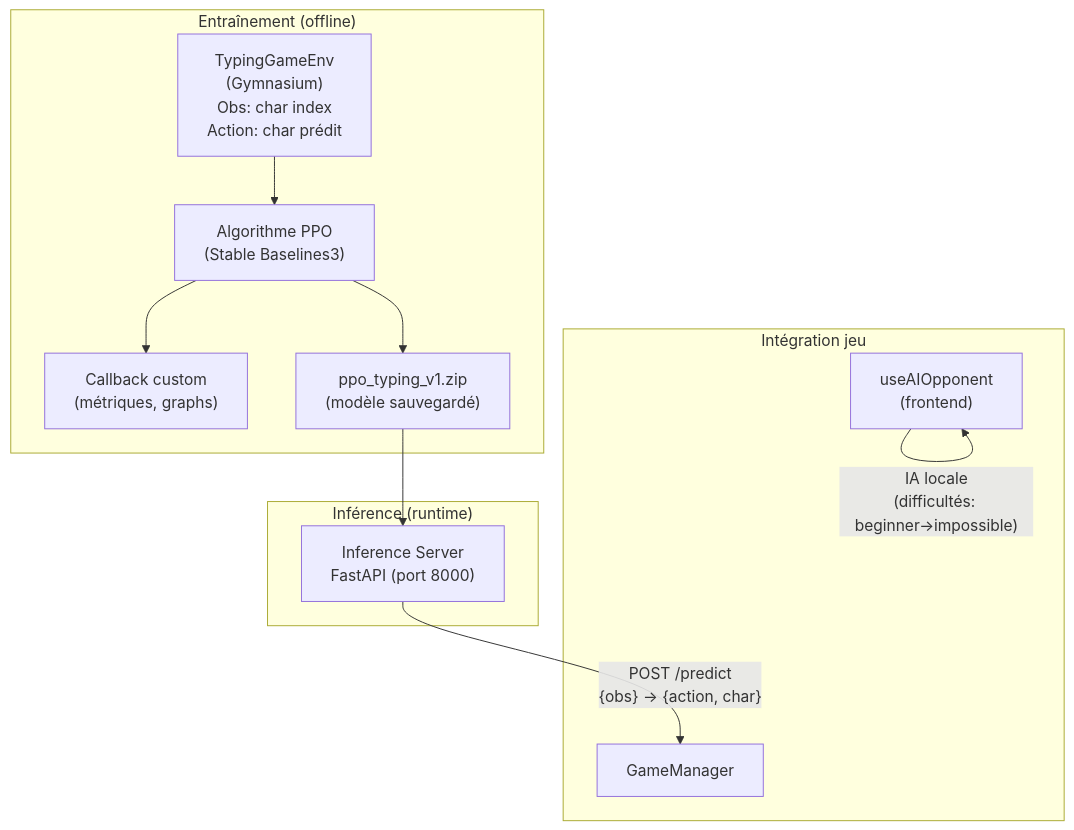
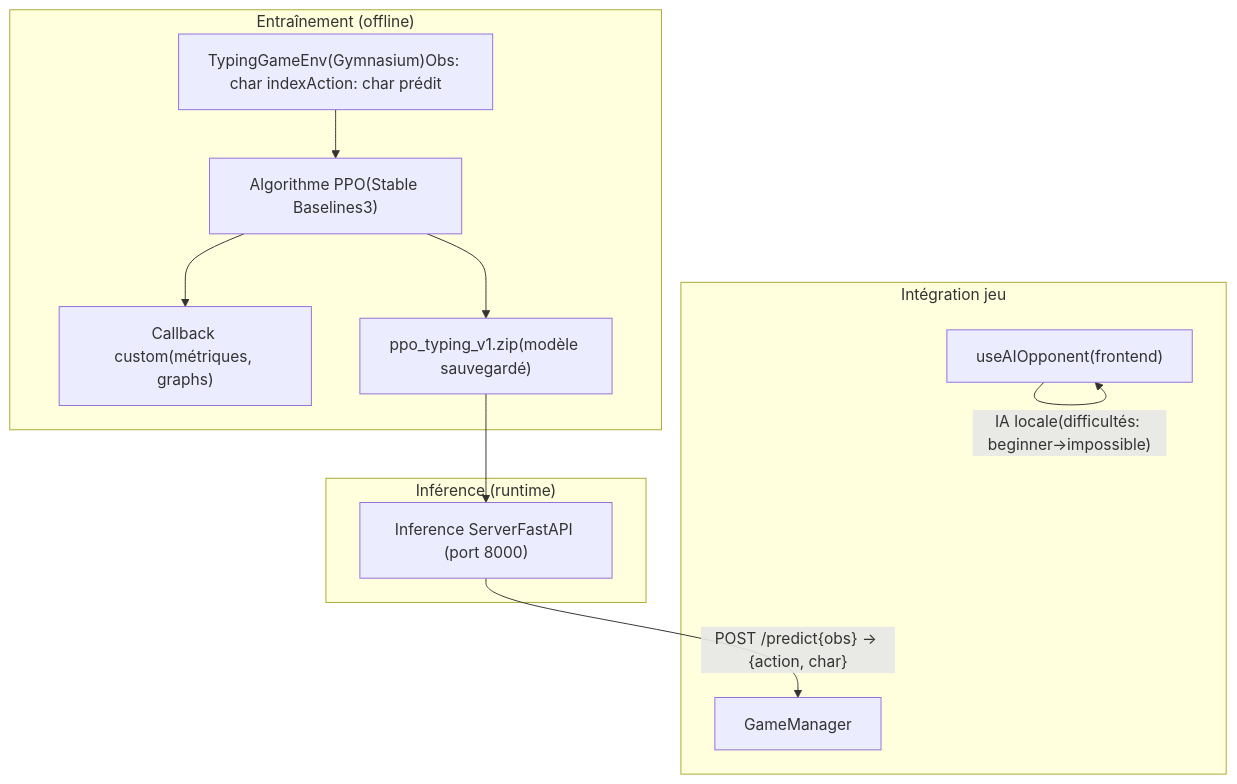
One commit to EnterNAthan/RaceTyper changed diagram 13 of 17 in ARCHITECTURE.md. Above: the diagram before and after it, drawn with Mermaid. The commit also changed other lines of this file, not shown here.

Commit message:
fix architecture markdown

````diff
--- a/ARCHITECTURE.md
+++ b/ARCHITECTURE.md
@@ -501,26 +511,26 @@
 ```mermaid
 graph TB
     subgraph "Entraînement (offline)"
-        ENV["TypingGameEnv\n(Gymnasium)\nObs: char index\nAction: char prédit"]
-        PPO["Algorithme PPO\n(Stable Baselines3)"]
-        CB["Callback custom\n(métriques, graphs)"]
-        MODEL["ppo_typing_v1.zip\n(modèle sauvegardé)"]
+        ENV["TypingGameEnv(Gymnasium)Obs: char indexAction: char prédit"]
+        PPO["Algorithme PPO(Stable Baselines3)"]
+        CB["Callback custom(métriques, graphs)"]
+        MODEL["ppo_typing_v1.zip(modèle sauvegardé)"]
 
         ENV --> PPO
         PPO --> CB
         PPO --> MODEL
     end
 
     subgraph "Inférence (runtime)"
-        IS["Inference Server\nFastAPI (port 8000)"]
+        IS["Inference ServerFastAPI (port 8000)"]
         MODEL --> IS
     end
 
     subgraph "Intégration jeu"
         GM["GameManager"]
-        UAI["useAIOpponent\n(frontend)"]
+        UAI["useAIOpponent(frontend)"]
     end
 
-    IS -- "POST /predict\n{obs} → {action, char}" --> GM
-    UAI -- "IA locale\n(difficultés: beginner→impossible)" --> UAI
+    IS -- "POST /predict{obs} → {action, char}" --> GM
+    UAI -- "IA locale(difficultés: beginner→impossible)" --> UAI
 ```
````
